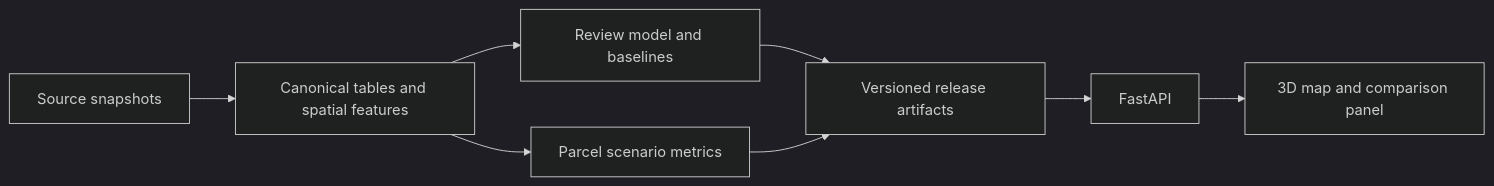
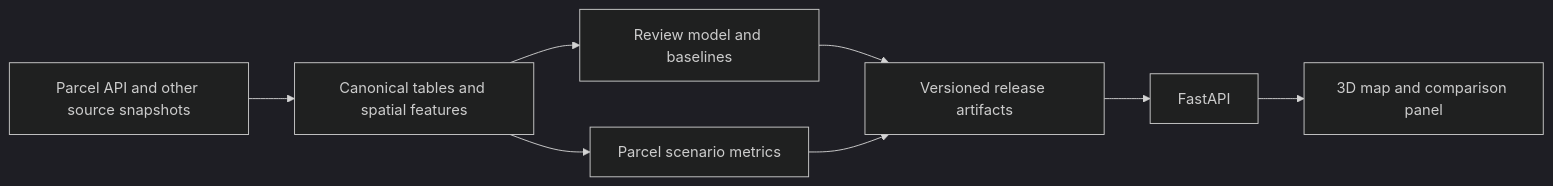
Before and after one commit to Gilaze/urban_planner_helper: the diagram in IMPLEMENTATION_PLAN.md, drawn with Mermaid (dark theme). The commit also changed other lines of this file, not shown here.

Commit message:
Plan API-backed parcel data access

````diff
--- a/IMPLEMENTATION_PLAN.md
+++ b/IMPLEMENTATION_PLAN.md
@@ -9,10 +9,10 @@
 ```mermaid
 flowchart LR
-    A[Source snapshots] --> B[Canonical tables and spatial features]
+    A[Parcel API and other source snapshots] --> B[Canonical tables and spatial features]
     B --> C[Review model and baselines]
     B --> D[Parcel scenario metrics]
     C --> E[Versioned release artifacts]
     D --> E
     E --> F[FastAPI]
     F --> G[3D map and comparison panel]
 ```
````
